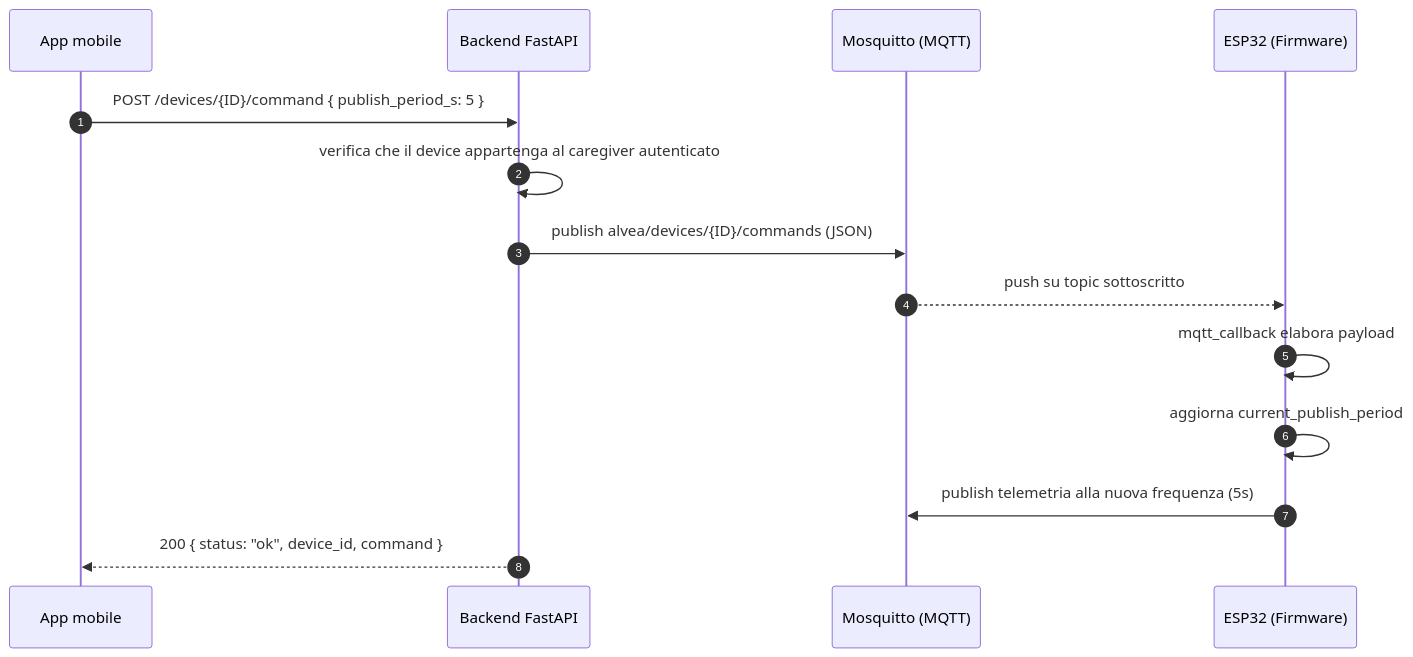
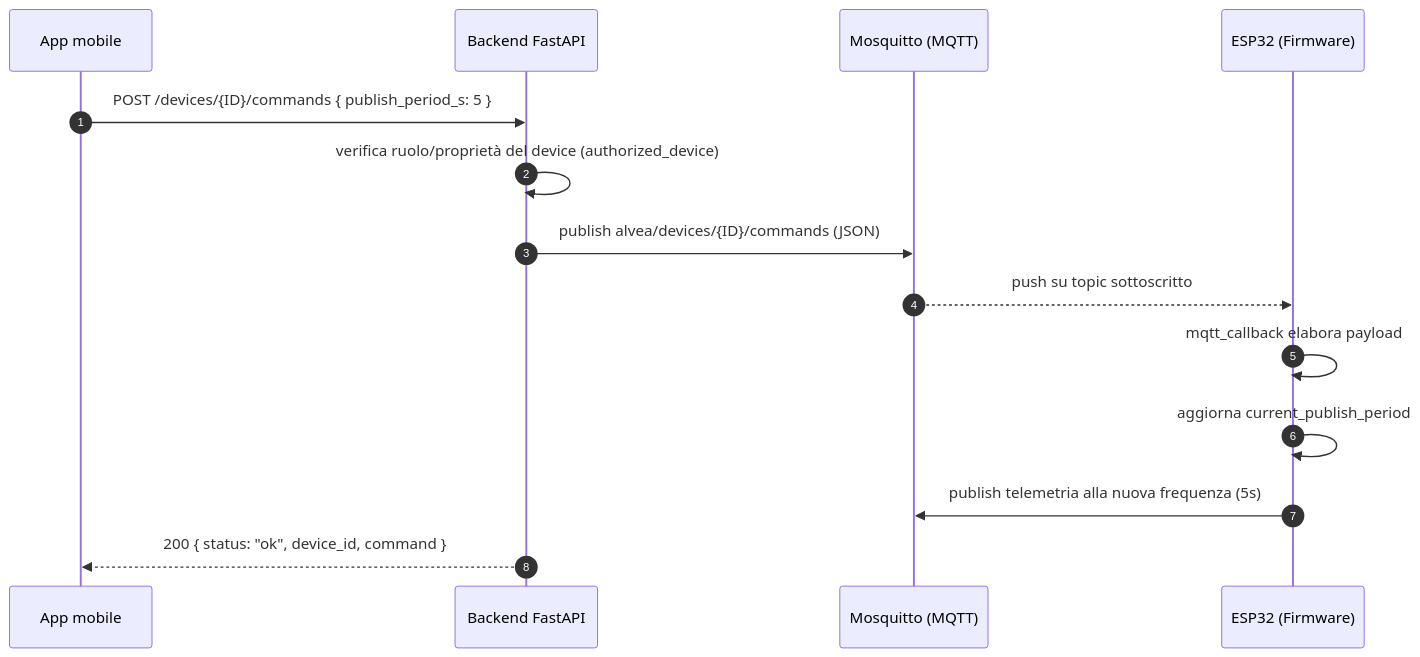
One commit to acrisci05/Alvea changed the third of 3 diagrams in docs/04-sequence.md. Above: the diagram before and after it, drawn with Mermaid. The commit also changed other lines of this file and 3 other files, not shown here.

Commit message:
Aggiornato: documentazione - requisiti RQ-10/RQ-12 implementati, schema E-R con entita' soglie/scheda paziente/audit/push, diagramma sequenza con role, SICUREZZA.md con RBAC/alert/soglie/audit

````diff
--- a/docs/04-sequence.md
+++ b/docs/04-sequence.md
@@ -74,17 +75,17 @@
 ```mermaid
 sequenceDiagram
     autonumber
     participant App as App mobile
     participant BE as Backend FastAPI
     participant MQ as Mosquitto (MQTT)
     participant ESP as ESP32 (Firmware)
 
-    App->>BE: POST /devices/{ID}/command { publish_period_s: 5 }
-    BE->>BE: verifica che il device appartenga al caregiver autenticato
+    App->>BE: POST /devices/{ID}/commands { publish_period_s: 5 }
+    BE->>BE: verifica ruolo/proprietà del device (authorized_device)
     BE->>MQ: publish alvea/devices/{ID}/commands (JSON)
     MQ-->>ESP: push su topic sottoscritto
     ESP->>ESP: mqtt_callback elabora payload
     ESP->>ESP: aggiorna current_publish_period
     ESP->>MQ: publish telemetria alla nuova frequenza (5s)
     BE-->>App: 200 { status: "ok", device_id, command }
 ```
````
